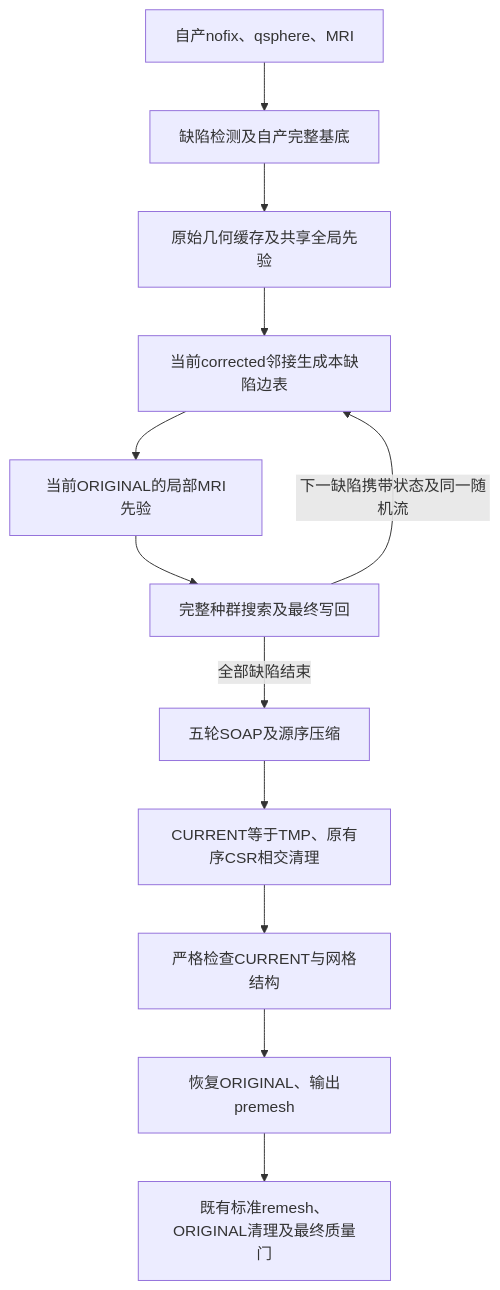
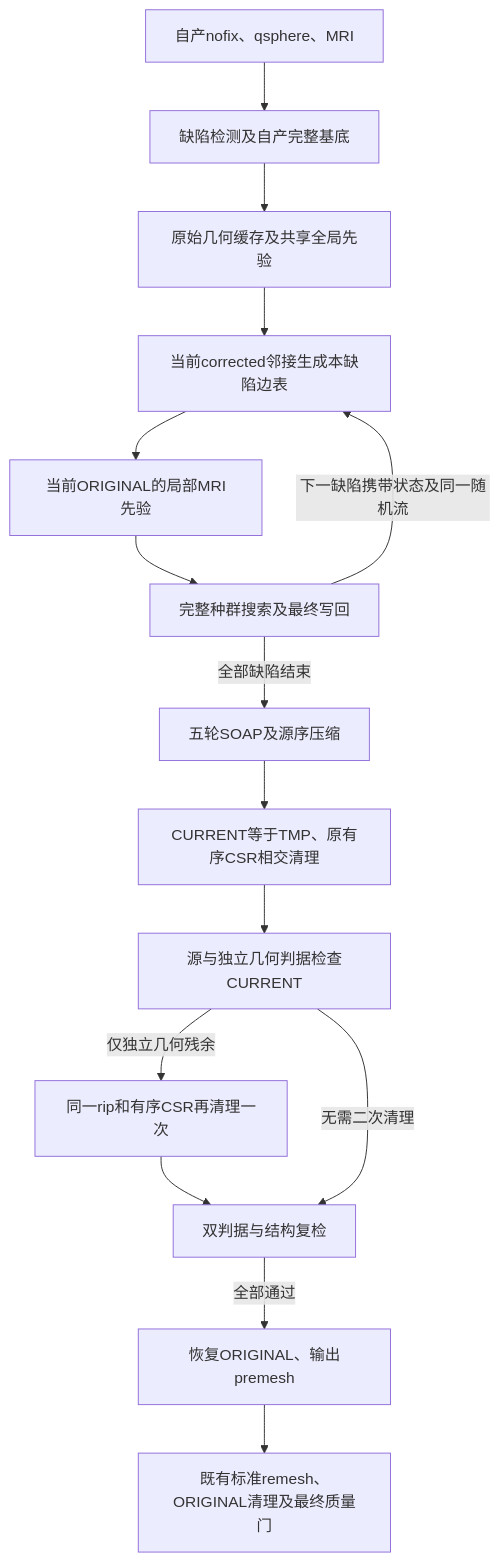
The diagram in docs/recon_all/TOPOLOGY_GENETIC_REPAIR.md (weikanggong1/Fudan-Neuroimaging-toolkit), drawn with Mermaid before and after one commit. The commit also changed other lines of this file and 54 other files, not shown here.

````diff
--- a/docs/recon_all/TOPOLOGY_GENETIC_REPAIR.md
+++ b/docs/recon_all/TOPOLOGY_GENETIC_REPAIR.md
@@ -7,14 +7,17 @@
 ```mermaid
 flowchart TD
   A[自产nofix、qsphere、MRI] --> B[缺陷检测及自产完整基底]
   B --> C[原始几何缓存及共享全局先验]
   C --> D[当前corrected邻接生成本缺陷边表]
   D --> E[当前ORIGINAL的局部MRI先验]
   E --> F[完整种群搜索及最终写回]
   F -->|下一缺陷携带状态及同一随机流| D
   F -->|全部缺陷结束| G[五轮SOAP及源序压缩]
   G --> H[CURRENT等于TMP、原有序CSR相交清理]
-  H --> I[严格检查CURRENT与网格结构]
-  I --> J[恢复ORIGINAL、输出premesh]
+  H --> I[源与独立几何判据检查CURRENT]
+  I -->|仅独立几何残余| H2[同一rip和有序CSR再清理一次]
+  H2 --> I2[双判据与结构复检]
+  I -->|无需二次清理| I2
+  I2 -->|全部通过| J[恢复ORIGINAL、输出premesh]
   J --> K[既有标准remesh、ORIGINAL清理及最终质量门]
 ```
````
